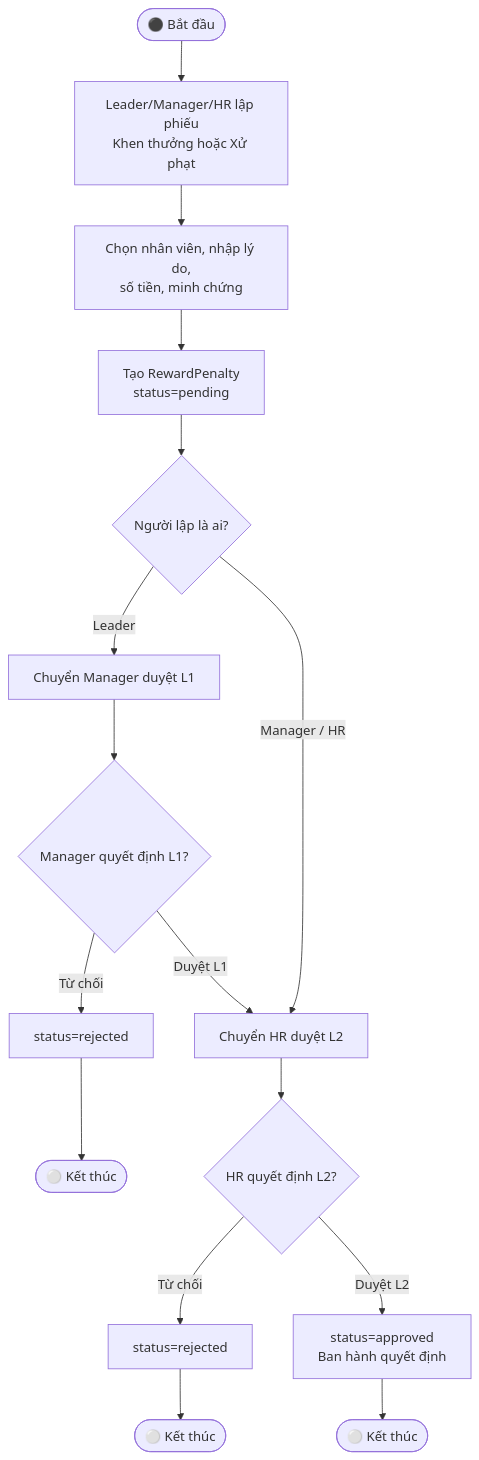
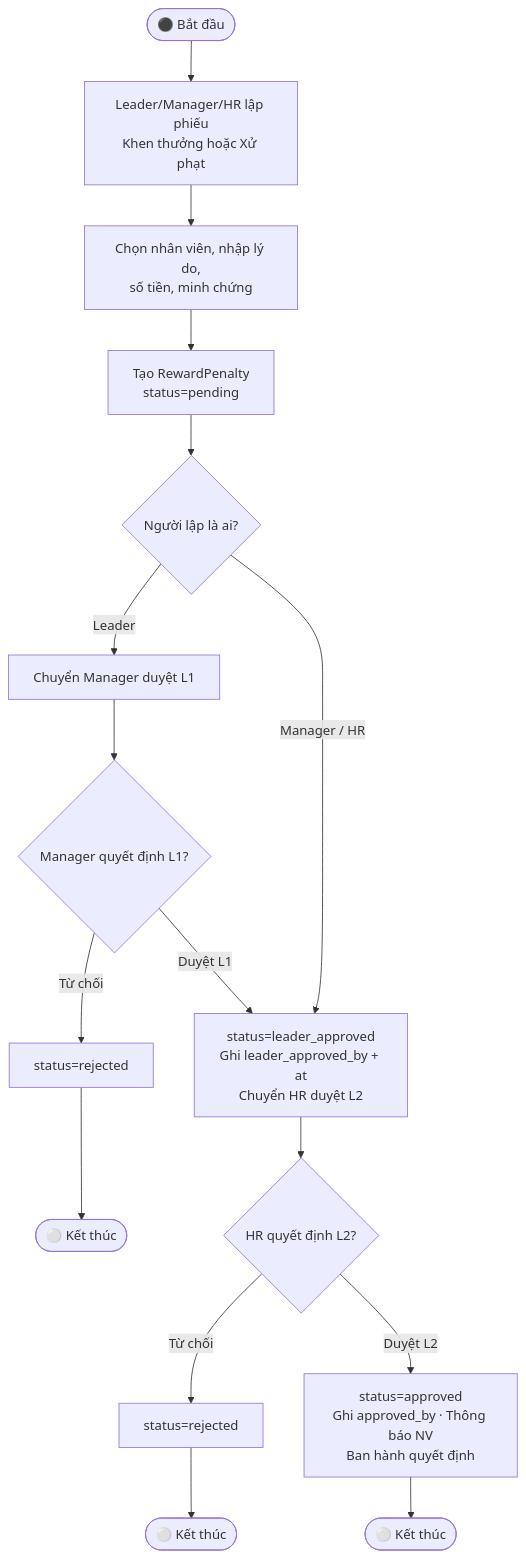
Diagram 11 of 14 in activity_diagrams.md (hohoangluan/Business_web_project), drawn with Mermaid before and after one commit. The commit also changed other lines of this file and 67 other files, not shown here.

````diff
--- a/activity_diagrams.md
+++ b/activity_diagrams.md
@@ -301,19 +305,19 @@
 ```mermaid
 flowchart TD
     Start(["⚫ Bắt đầu"])
     Start --> A1["Leader/Manager/HR lập phiếu<br/>Khen thưởng hoặc Xử phạt"]
     A1 --> A2["Chọn nhân viên, nhập lý do,<br/>số tiền, minh chứng"]
     A2 --> A3["Tạo RewardPenalty<br/>status=pending"]
     A3 --> D1{"Người lập là ai?"}
     D1 -- Leader --> A4["Chuyển Manager duyệt L1"]
     A4 --> D2{"Manager quyết định L1?"}
     D2 -- Từ chối --> E1["status=rejected"]
     E1 --> End1(["⚪ Kết thúc"])
-    D2 -- Duyệt L1 --> A5["Chuyển HR duyệt L2"]
+    D2 -- Duyệt L1 --> A5["status=leader_approved<br/>Ghi leader_approved_by + at<br/>Chuyển HR duyệt L2"]
     D1 -- "Manager / HR" --> A5
     A5 --> D3{"HR quyết định L2?"}
     D3 -- Từ chối --> E2["status=rejected"]
     E2 --> End2(["⚪ Kết thúc"])
-    D3 -- Duyệt L2 --> A6["status=approved<br/>Ban hành quyết định"]
+    D3 -- Duyệt L2 --> A6["status=approved<br/>Ghi approved_by · Thông báo NV<br/>Ban hành quyết định"]
     A6 --> End3(["⚪ Kết thúc"])
 ```
````
